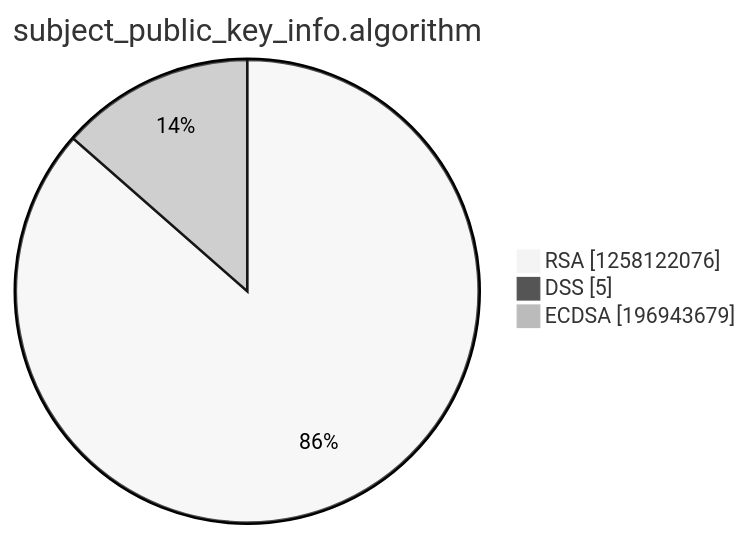
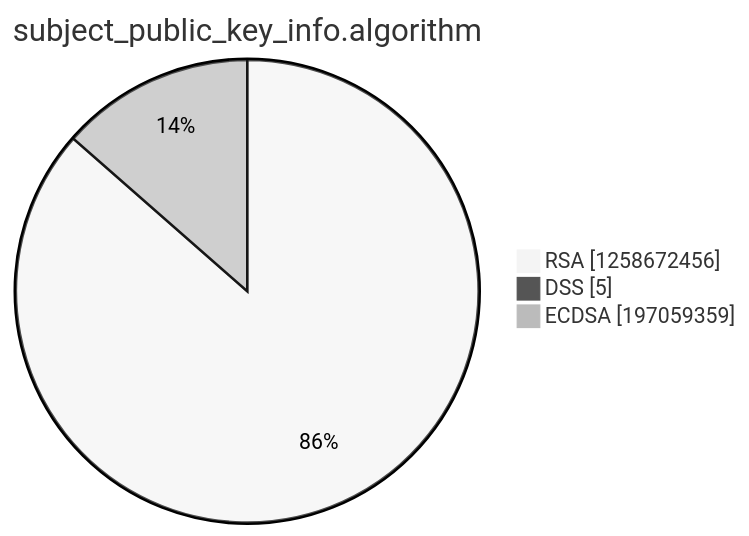
The third of 15 diagrams in argon2022/README.md (christiankrug/ctmonitor_visualization), drawn with Mermaid (neutral theme) before and after one commit. The commit also changed other lines of this file, not shown here.

````diff
--- a/argon2022/README.md
+++ b/argon2022/README.md
@@ -14,7 +14,7 @@
 ```mermaid
 pie showData
 title subject_public_key_info.algorithm
-"RSA" :1258122076
+"RSA" :1258672456
 "DSS" :5
-"ECDSA" :196943679
+"ECDSA" :197059359
 ```
````
